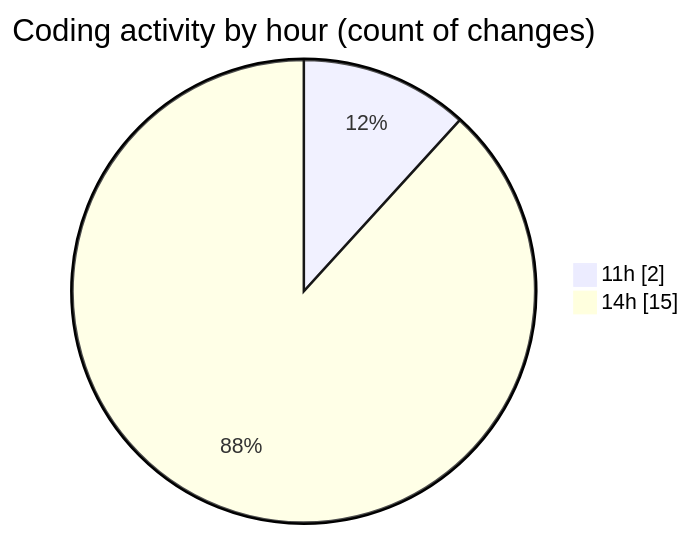
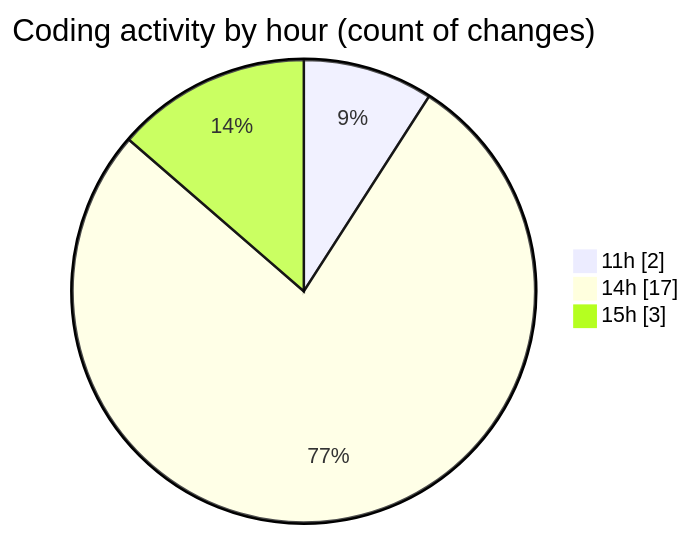
Before and after one commit to momahboobian/code-tracking: the second of 2 diagrams in 2026-03-16/cda/README.md, drawn with Mermaid. The commit also changed other lines of this file and 1 other file, not shown here.

````diff
--- a/2026-03-16/cda/README.md
+++ b/2026-03-16/cda/README.md
@@ -38,6 +39,7 @@
 ```mermaid
 pie showData
 title Coding activity by hour (count of changes)
 "11h" : 2
-"14h" : 15
+"14h" : 17
+"15h" : 3
 ```
````
